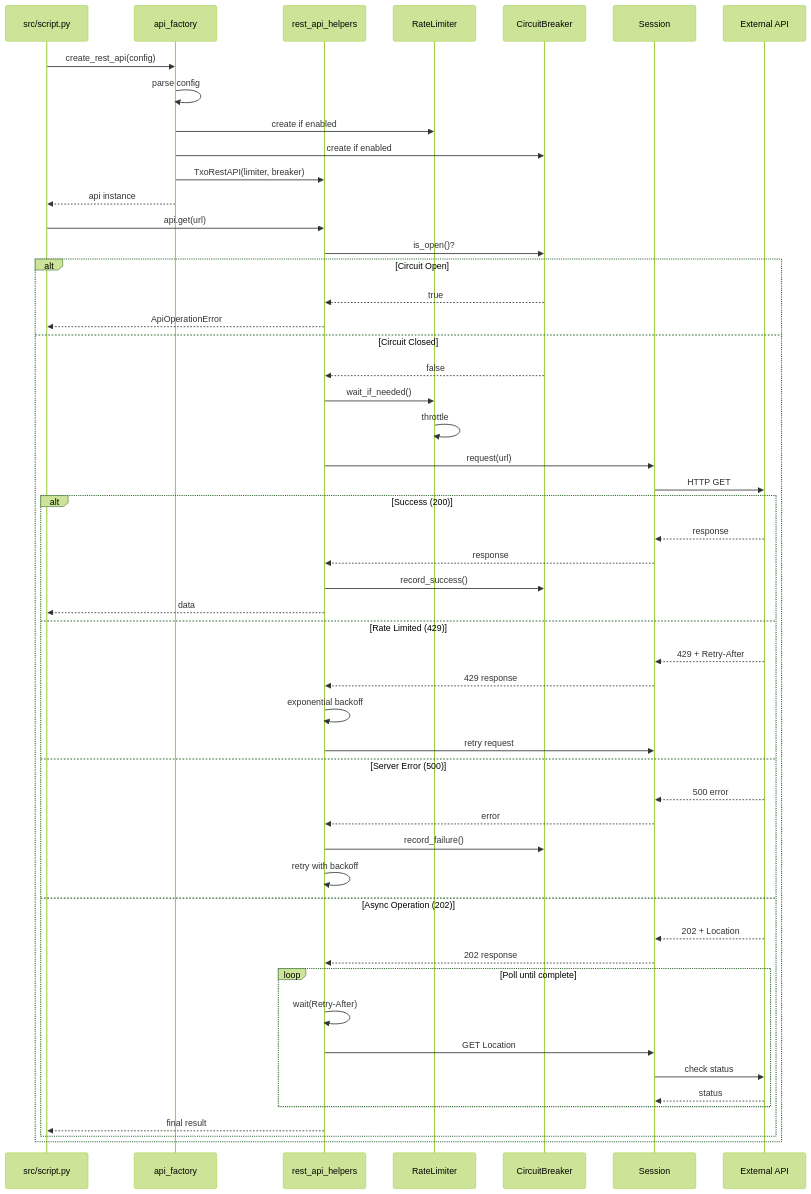
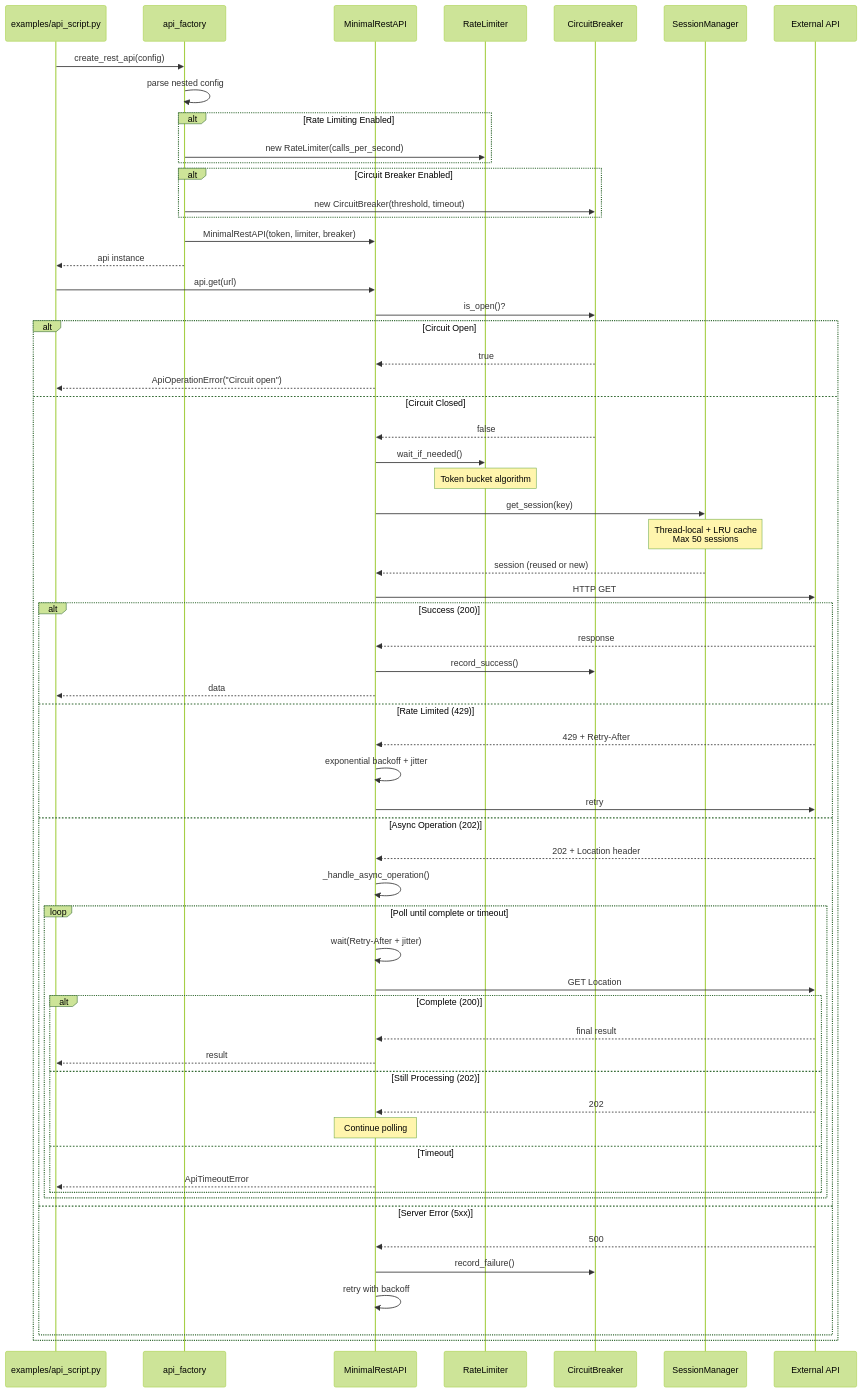
One commit to tentixo/txo-python-template changed the third of 4 diagrams in module-dependency-diagram.md. Above: the diagram before and after it, drawn with Mermaid (forest theme). The commit also changed other lines of this file and 11 other files, not shown here.

````diff
--- a/module-dependency-diagram.md
+++ b/module-dependency-diagram.md
@@ -163,59 +245,77 @@
 ```mermaid
 sequenceDiagram
-    participant Script as src/script.py
+    participant Script as examples/api_script.py
     participant Factory as api_factory
-    participant API as rest_api_helpers
+    participant API as MinimalRestAPI
     participant RateLimiter
     participant CircuitBreaker
-    participant Session
+    participant SessionMgr as SessionManager
     participant External as External API
 
     Script->>Factory: create_rest_api(config)
-    Factory->>Factory: parse config
-    Factory->>RateLimiter: create if enabled
-    Factory->>CircuitBreaker: create if enabled
-    Factory->>API: TxoRestAPI(limiter, breaker)
+    Factory->>Factory: parse nested config
+    
+    alt Rate Limiting Enabled
+        Factory->>RateLimiter: new RateLimiter(calls_per_second)
+    end
+    
+    alt Circuit Breaker Enabled
+        Factory->>CircuitBreaker: new CircuitBreaker(threshold, timeout)
+    end
+    
+    Factory->>API: MinimalRestAPI(token, limiter, breaker)
     Factory-->>Script: api instance
 
     Script->>API: api.get(url)
     
     API->>CircuitBreaker: is_open()?
     alt Circuit Open
         CircuitBreaker-->>API: true
-        API-->>Script: ApiOperationError
+        API-->>Script: ApiOperationError("Circuit open")
     else Circuit Closed
         CircuitBreaker-->>API: false
+        
         API->>RateLimiter: wait_if_needed()
-        RateLimiter->>RateLimiter: throttle
+        Note over RateLimiter: Token bucket algorithm
         
-        API->>Session: request(url)
-        Session->>External: HTTP GET
+        API->>SessionMgr: get_session(key)
+        Note over SessionMgr: Thread-local + LRU cache<br/>Max 50 sessions
+        SessionMgr-->>API: session (reused or new)
+        
+        API->>External: HTTP GET
         
         alt Success (200)
-            External-->>Session: response
-            Session-->>API: response
+            External-->>API: response
             API->>CircuitBreaker: record_success()
             API-->>Script: data
+            
         else Rate Limited (429)
-            External-->>Session: 429 + Retry-After
-            Session-->>API: 429 response
-            API->>API: exponential backoff
-            API->>Session: retry request
-        else Server Error (500)
-            External-->>Session: 500 error
-            Session-->>API: error
+            External-->>API: 429 + Retry-After
+            API->>API: exponential backoff + jitter
+            API->>External: retry
+            
+        else Async Operation (202)
+            External-->>API: 202 + Location header
+            API->>API: _handle_async_operation()
+            
+            loop Poll until complete or timeout
+                API->>API: wait(Retry-After + jitter)
+                API->>External: GET Location
+                alt Complete (200)
+                    External-->>API: final result
+                    API-->>Script: result
+                else Still Processing (202)
+                    External-->>API: 202
+                    Note over API: Continue polling
+                else Timeout
+                    API-->>Script: ApiTimeoutError
+                end
+            end
+            
+        else Server Error (5xx)
+            External-->>API: 500
             API->>CircuitBreaker: record_failure()
             API->>API: retry with backoff
-        else Async Operation (202)
-            External-->>Session: 202 + Location
-            Session-->>API: 202 response
-            loop Poll until complete
-                API->>API: wait(Retry-After)
-                API->>Session: GET Location
-                Session->>External: check status
-                External-->>Session: status
-            end
-            API-->>Script: final result
         end
     end
 ```
````
